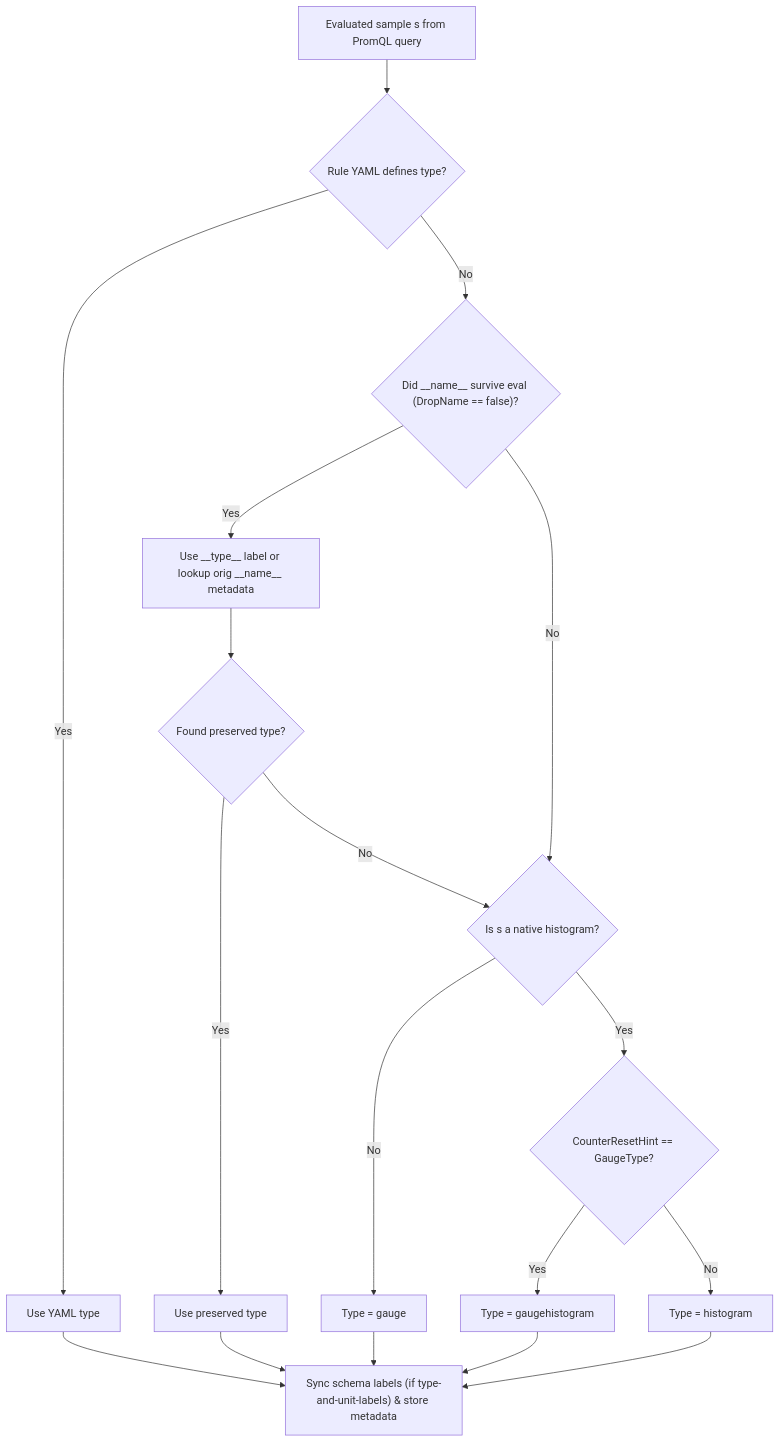
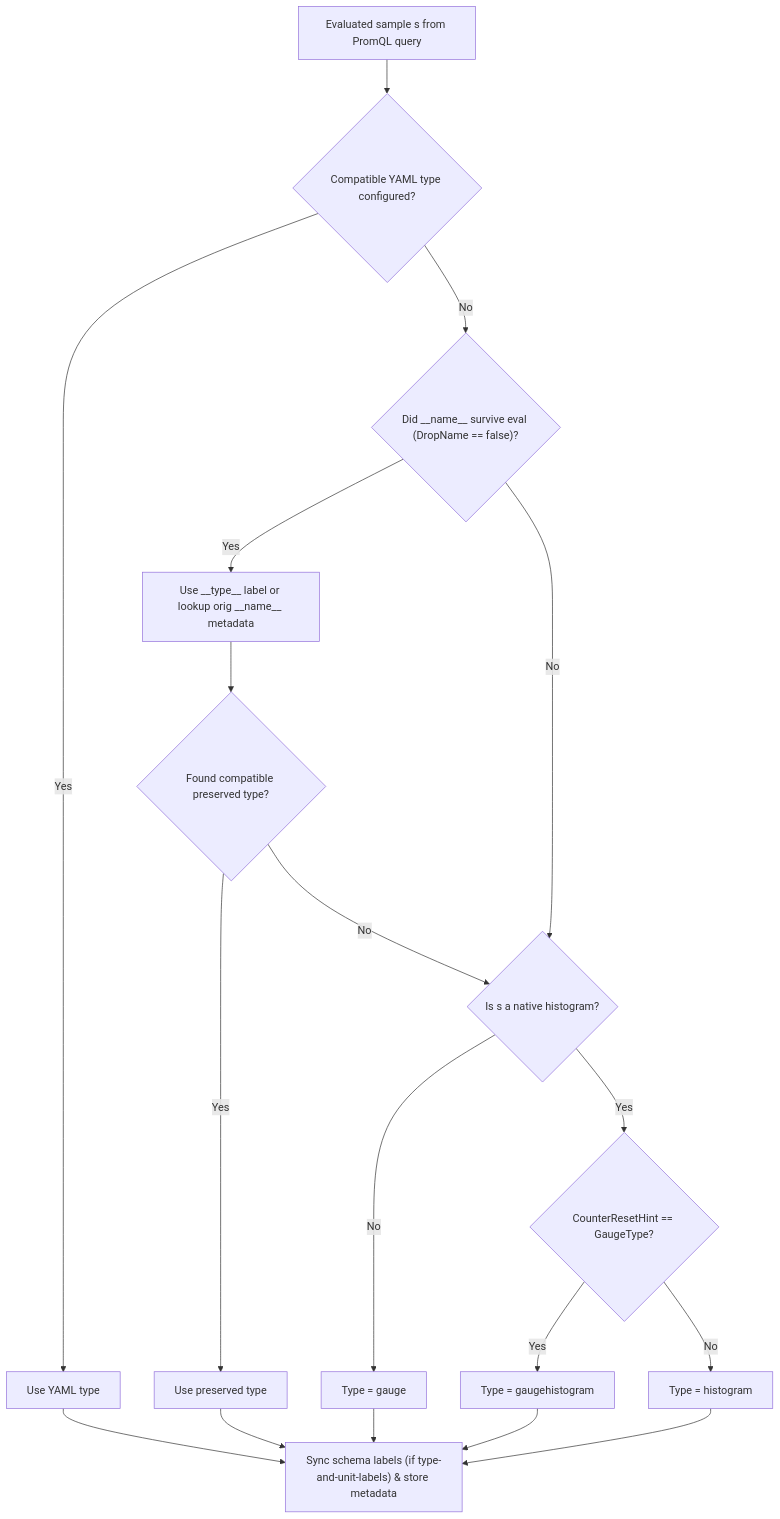
The diagram in proposals/0103-recording-rule-metadata.md (prometheus/proposals), drawn with Mermaid before and after one commit. The commit also changed other lines of this file, not shown here.

First line of the commit message:
proposal: PROM-103: clarify post-merge review feedback

````diff
--- a/proposals/0103-recording-rule-metadata.md
+++ b/proposals/0103-recording-rule-metadata.md
@@ -98,20 +98,20 @@
 ```mermaid
 flowchart TD
-    A["Evaluated sample s from PromQL query"] --> B{"Rule YAML defines type?"}
+    A["Evaluated sample s from PromQL query"] --> B{"Compatible YAML type configured?"}
     B -- Yes --> C["Use YAML type"]
     B -- No --> D{"Did __name__ survive eval (DropName == false)?"}
     D -- Yes --> E["Use __type__ label or lookup orig __name__ metadata"]
-    E --> F{"Found preserved type?"}
+    E --> F{"Found compatible preserved type?"}
     F -- Yes --> G["Use preserved type"]
     F -- No --> H{"Is s a native histogram?"}
     D -- No --> H
     H -- No --> I["Type = gauge"]
     H -- Yes --> J{"CounterResetHint == GaugeType?"}
     J -- Yes --> K["Type = gaugehistogram"]
     J -- No --> L["Type = histogram"]
     C --> M["Sync schema labels (if type-and-unit-labels) & store metadata"]
     G --> M
     I --> M
     K --> M
     L --> M
 ```
````
